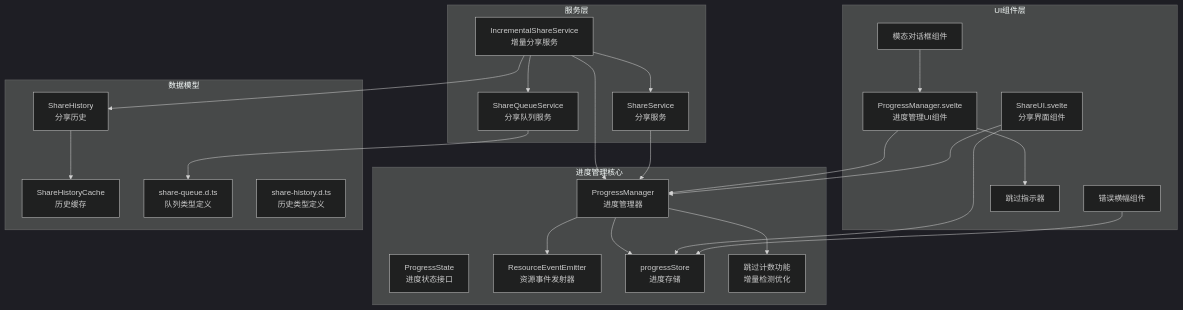
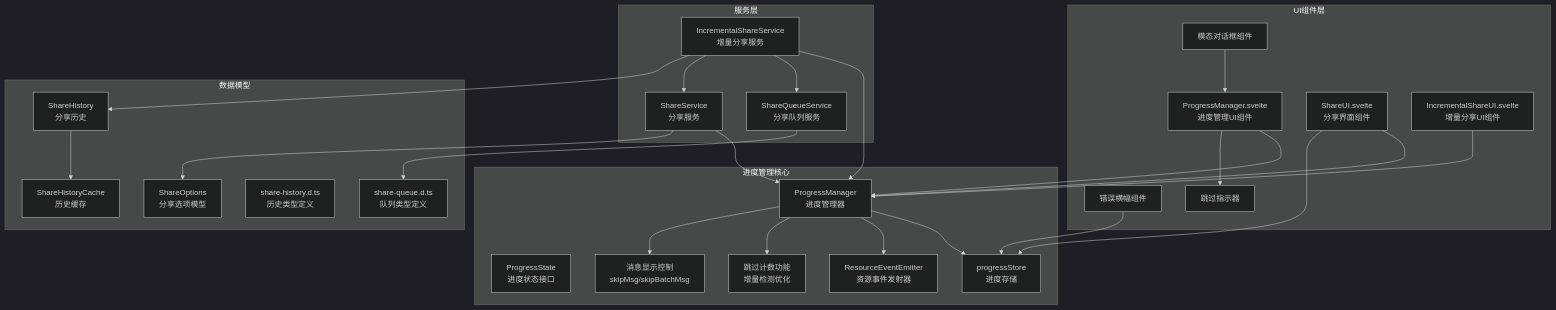
The first of 10 diagrams in .qoder/repowiki/zh/content/Progress Management Enhancements.md (terwerinc/siyuan-plugin-share-pro), drawn with Mermaid (dark theme) before and after one commit. The commit also changed other lines of this file and 7 other files, not shown here.

Commit message:
feat(progress): add skip message control and incremental share UI

````diff
--- a/.qoder/repowiki/zh/content/Progress Management Enhancements.md
+++ b/.qoder/repowiki/zh/content/Progress Management Enhancements.md
@@ -73,44 +78,50 @@
 ```mermaid
 graph TB
 subgraph "进度管理核心"
 PM[ProgressManager<br/>进度管理器]
 PS[ProgressState<br/>进度状态接口]
 RES[ResourceEventEmitter<br/>资源事件发射器]
 PStore[progressStore<br/>进度存储]
 SKIPPED[跳过计数功能<br/>增量检测优化]
+ENDPOINT[消息显示控制<br/>skipMsg/skipBatchMsg]
 end
 subgraph "UI组件层"
 PMSvelte[ProgressManager.svelte<br/>进度管理UI组件]
 ShareUI[ShareUI.svelte<br/>分享界面组件]
+IncrementalUI[IncrementalShareUI.svelte<br/>增量分享UI组件]
 ErrorBanner[错误横幅组件]
 ModalDialog[模态对话框组件]
 SkippedIndicator[跳过指示器]
 end
 subgraph "服务层"
 ISS[IncrementalShareService<br/>增量分享服务]
 SQS[ShareQueueService<br/>分享队列服务]
 SS[ShareService<br/>分享服务]
 end
 subgraph "数据模型"
 SH[ShareHistory<br/>分享历史]
 SHC[ShareHistoryCache<br/>历史缓存]
 TQ[share-queue.d.ts<br/>队列类型定义]
 TH[share-history.d.ts<br/>历史类型定义]
+SO[ShareOptions<br/>分享选项模型]
 end
 PM --> PStore
 PM --> RES
 PM --> SKIPPED
+PM --> ENDPOINT
 ISS --> PM
 ISS --> SQS
 ISS --> SS
 SS --> PM
+SS --> SO
 SQS --> TQ
 ISS --> SH
 SH --> SHC
 PMSvelte --> PM
 PMSvelte --> SkippedIndicator
 ShareUI --> PM
 ShareUI --> PStore
+IncrementalUI --> PM
 ErrorBanner --> PStore
 ModalDialog --> PMSvelte
 ```
````
